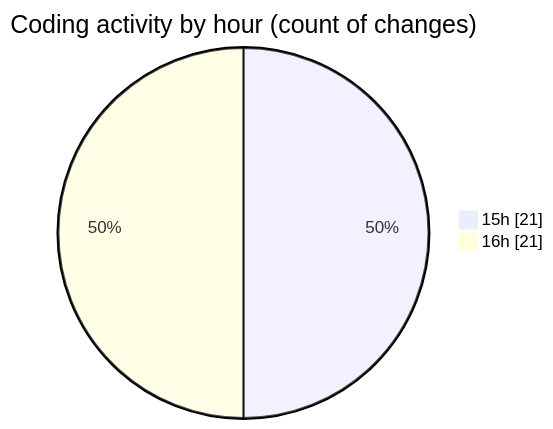
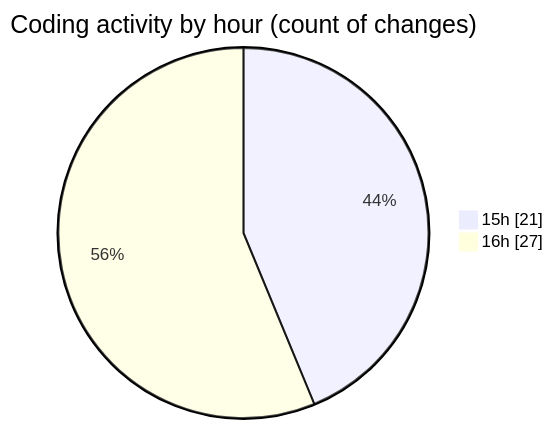
The second of 2 diagrams in 2025-01-26/results-summary-component-main/README.md (NitaiMahat/code-tracking), drawn with Mermaid before and after one commit. The commit also changed other lines of this file and 1 other file, not shown here.

````diff
--- a/2025-01-26/results-summary-component-main/README.md
+++ b/2025-01-26/results-summary-component-main/README.md
@@ -30,6 +30,6 @@
 ```mermaid
 pie showData
 title Coding activity by hour (count of changes)
 "15h" : 21
-"16h" : 21
+"16h" : 27
 ```
````
